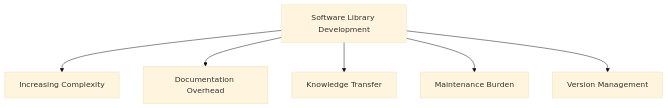
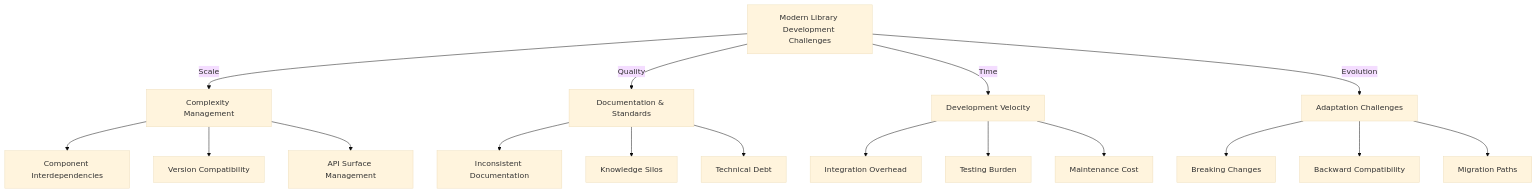
Before and after one commit to cperion/ai_code_process: the first of 4 diagrams in fragments/whitepaper.md, drawn with Mermaid (base theme). The commit also changed other lines of this file, not shown here.

Commit message:
feat: Expand Section 1 with more depth and technical precision

````diff
--- a/fragments/whitepaper.md
+++ b/fragments/whitepaper.md
@@ -14,8 +12,24 @@
 ```mermaid
 graph TD
-    A[Software Library Development] --> B[Increasing Complexity]
-    A --> C[Documentation Overhead]
-    A --> D[Knowledge Transfer]
-    A --> E[Maintenance Burden]
-    A --> F[Version Management]
+    A[Modern Library Development Challenges] 
+    
+    A -->|Scale| B[Complexity Management]
+    B --> B1[Component Interdependencies]
+    B --> B2[Version Compatibility]
+    B --> B3[API Surface Management]
+    
+    A -->|Quality| C[Documentation & Standards]
+    C --> C1[Inconsistent Documentation]
+    C --> C2[Knowledge Silos]
+    C --> C3[Technical Debt]
+    
+    A -->|Time| D[Development Velocity]
+    D --> D1[Integration Overhead]
+    D --> D2[Testing Burden]
+    D --> D3[Maintenance Cost]
+    
+    A -->|Evolution| E[Adaptation Challenges]
+    E --> E1[Breaking Changes]
+    E --> E2[Backward Compatibility]
+    E --> E3[Migration Paths]
 ```
````
